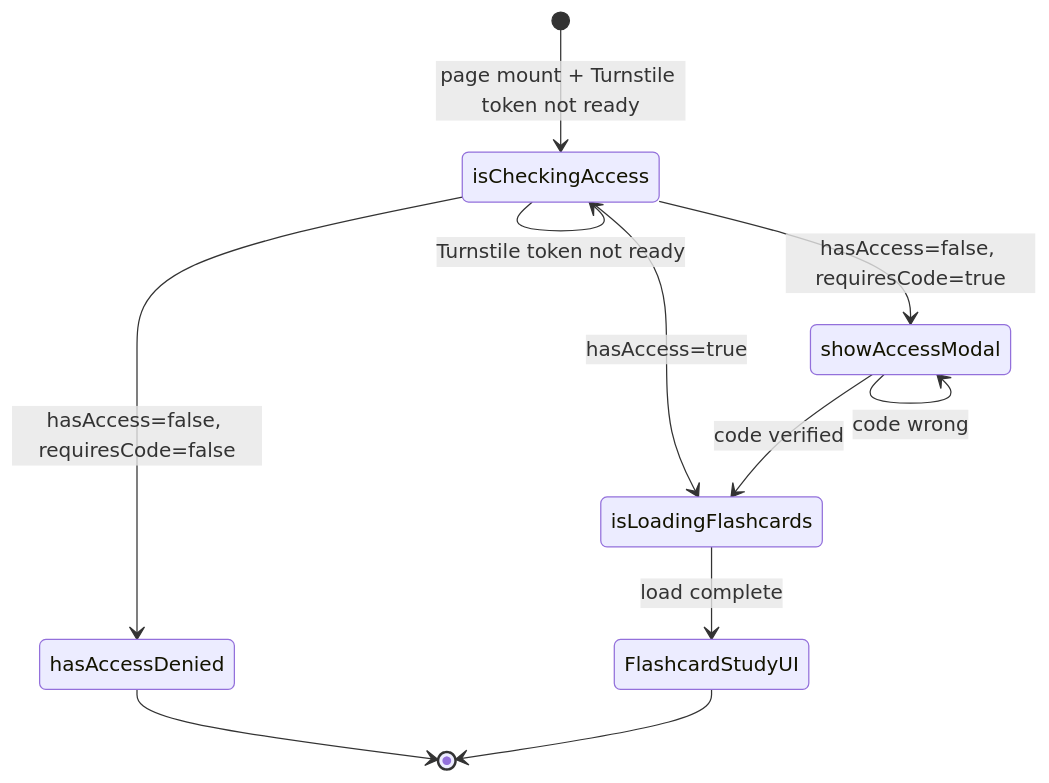
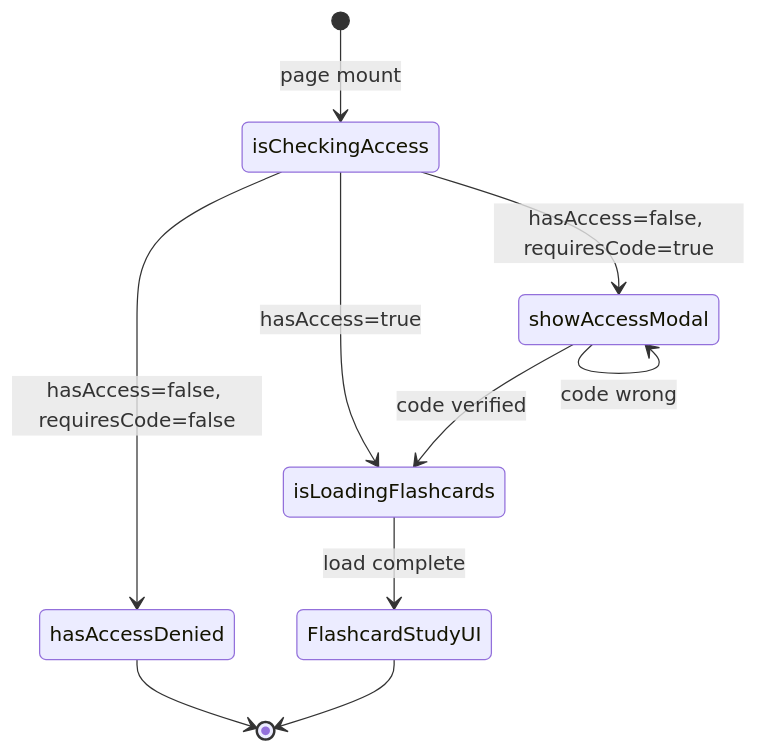
The diagram in docs/features/F011_FlashcardStudy/technical-spec.md (tgiap04/examio), drawn with Mermaid before and after one commit. The commit also changed other lines of this file and 8 other files, not shown here.

Commit message:
refactor: remove Turnstile bot protection references and streamline access checks in flashcard study feature

````diff
--- a/docs/features/F011_FlashcardStudy/technical-spec.md
+++ b/docs/features/F011_FlashcardStudy/technical-spec.md
@@ -55,13 +55,12 @@
 ```mermaid
 stateDiagram-v2
-    [*] --> isCheckingAccess : page mount + Turnstile token not ready
-    isCheckingAccess --> isCheckingAccess : Turnstile token not ready
+    [*] --> isCheckingAccess : page mount
     isCheckingAccess --> showAccessModal : hasAccess=false, requiresCode=true
     isCheckingAccess --> isLoadingFlashcards : hasAccess=true
     isCheckingAccess --> hasAccessDenied : hasAccess=false, requiresCode=false
     isLoadingFlashcards --> FlashcardStudyUI : load complete
     showAccessModal --> isLoadingFlashcards : code verified
     showAccessModal --> showAccessModal : code wrong
     hasAccessDenied --> [*]
     FlashcardStudyUI --> [*]
 ```
````
